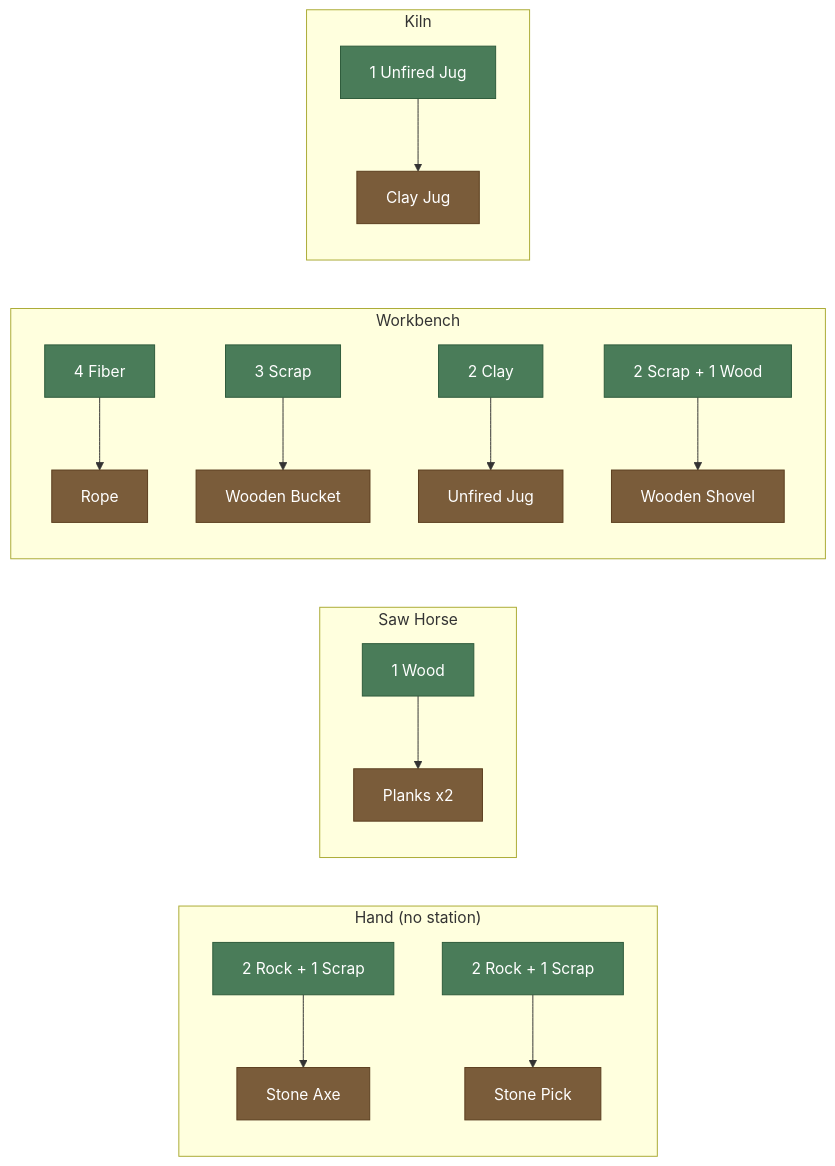
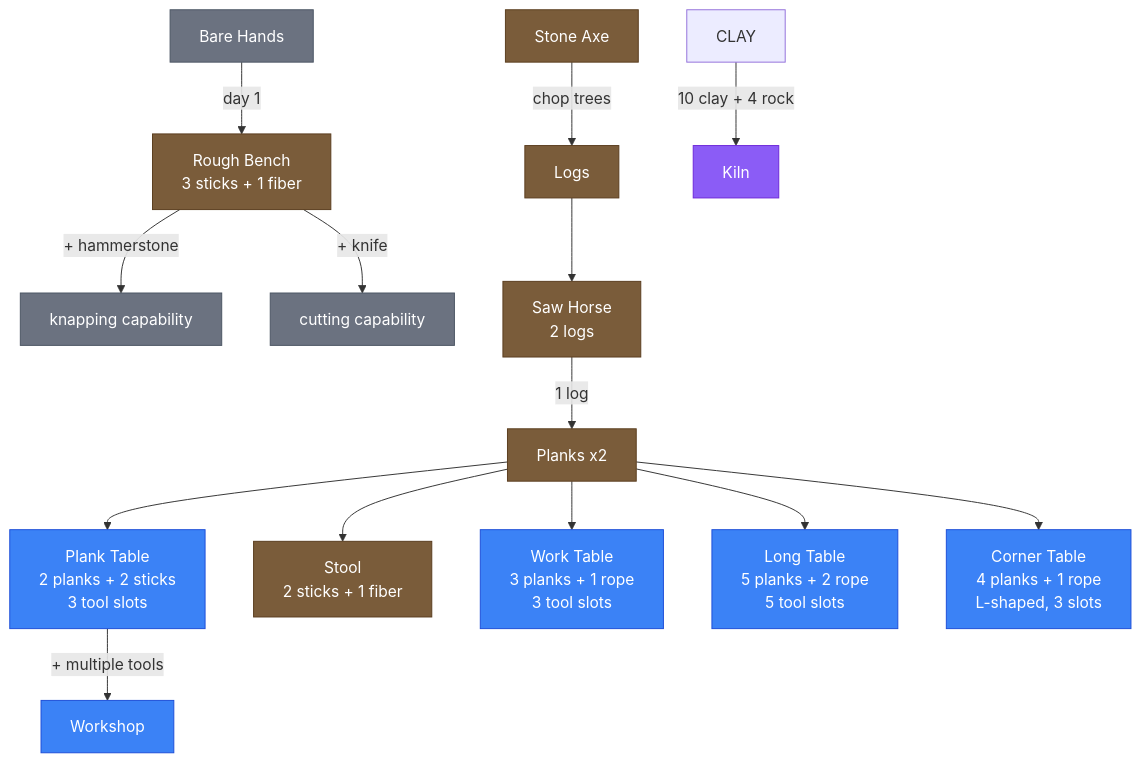
One commit to spiffistan/spacewestern changed the third of 8 diagrams in docs/crafting-tree.md. Above: the diagram before and after it, drawn with Mermaid. The commit also changed other lines of this file and 12 other files, not shown here.

First line of the commit message:
Add furniture: rough table, stool, drying rack with distinct visuals

````diff
--- a/docs/crafting-tree.md
+++ b/docs/crafting-tree.md
@@ -34,24 +62,29 @@
 ```mermaid
-graph LR
-    subgraph "Hand (no station)"
-        R1["2 Rock + 1 Scrap"] --> AXE["Stone Axe"]
-        R2["2 Rock + 1 Scrap"] --> PICK["Stone Pick"]
-    end
-    subgraph "Saw Horse"
-        W1["1 Wood"] --> PLANKS["Planks x2"]
-    end
-    subgraph "Workbench"
-        F1["4 Fiber"] --> ROPE["Rope"]
-        S1["3 Scrap"] --> BUCKET["Wooden Bucket"]
-        C1["2 Clay"] --> UNFIRED["Unfired Jug"]
-        S2["2 Scrap + 1 Wood"] --> SHOVEL["Wooden Shovel"]
-    end
-    subgraph "Kiln"
-        UNFIRED2["1 Unfired Jug"] --> JUG["Clay Jug"]
-    end
+graph TD
+    HANDS["Bare Hands"] -->|"day 1"| BENCH["Rough Bench<br/>3 sticks + 1 fiber"]
+    BENCH -->|"+ hammerstone"| KNAPPING["knapping capability"]
+    BENCH -->|"+ knife"| CUTTING["cutting capability"]
 
-    classDef input fill:#4a7c59,stroke:#2d5a3a,color:#fff
-    classDef output fill:#7a5c3a,stroke:#5a3d1e,color:#fff
-    class R1,R2,W1,F1,S1,C1,S2,UNFIRED2 input
-    class AXE,PICK,PLANKS,ROPE,BUCKET,UNFIRED,SHOVEL,JUG output
+    AXE["Stone Axe"] -->|"chop trees"| LOGS["Logs"]
+    LOGS --> SAWHORSE["Saw Horse<br/>2 logs"]
+    SAWHORSE -->|"1 log"| PLANKS["Planks x2"]
+
+    PLANKS --> TABLE["Plank Table<br/>2 planks + 2 sticks<br/>3 tool slots"]
+    PLANKS --> STOOL["Stool<br/>2 sticks + 1 fiber"]
+    TABLE -->|"+ multiple tools"| WORKSHOP["Workshop"]
+
+    PLANKS --> WORKTABLE["Work Table<br/>3 planks + 1 rope<br/>3 tool slots"]
+    PLANKS --> LONGTABLE["Long Table<br/>5 planks + 2 rope<br/>5 tool slots"]
+    PLANKS --> CORNER["Corner Table<br/>4 planks + 1 rope<br/>L-shaped, 3 slots"]
+
+    CLAY -->|"10 clay + 4 rock"| KILN["Kiln"]
+
+    classDef tier0 fill:#6b7280,stroke:#4b5563,color:#fff
+    classDef tier1 fill:#7a5c3a,stroke:#5a3d1e,color:#fff
+    classDef tier2 fill:#3b82f6,stroke:#1d4ed8,color:#fff
+    classDef tier3 fill:#8b5cf6,stroke:#6d28d9,color:#fff
+    class HANDS,KNAPPING,CUTTING tier0
+    class BENCH,AXE,LOGS,SAWHORSE,PLANKS,STOOL tier1
+    class TABLE,WORKTABLE,LONGTABLE,CORNER,WORKSHOP tier2
+    class KILN tier3
 ```
````
